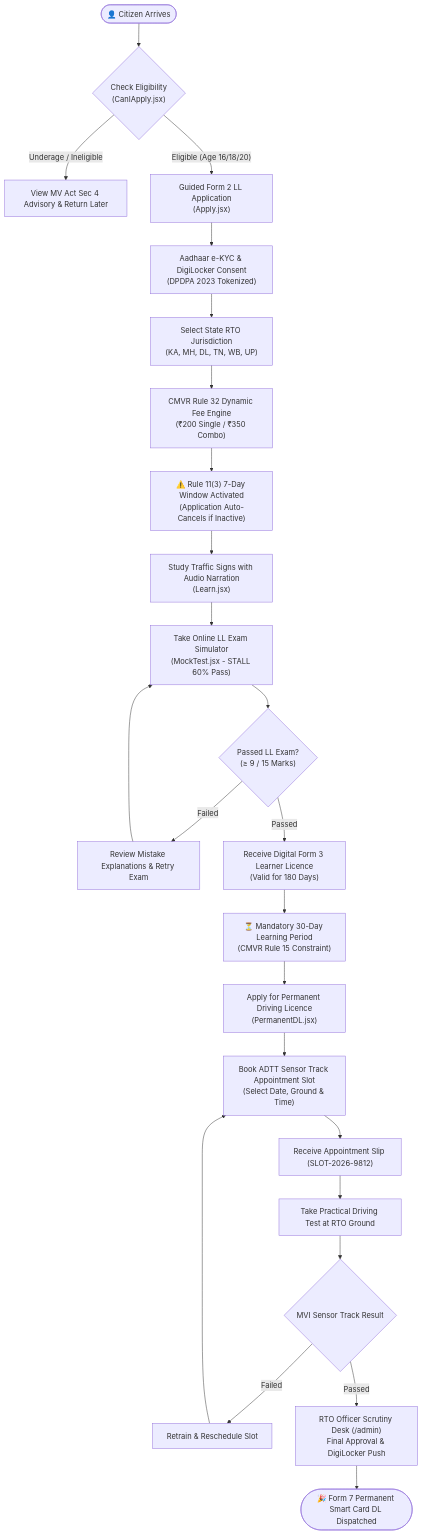
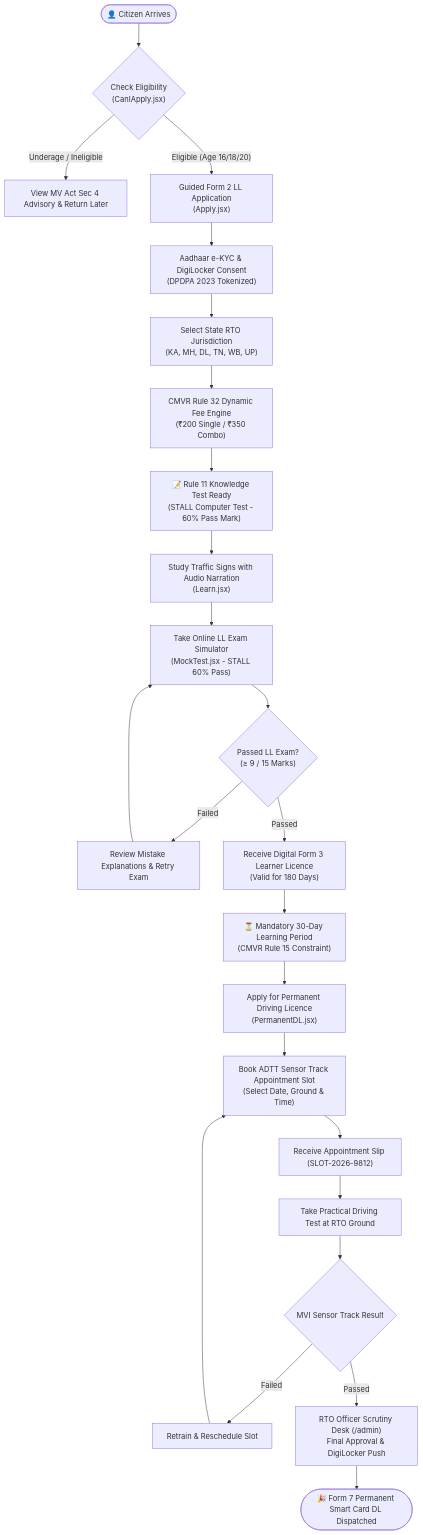
The first of 2 diagrams in README.md (avrojitsaha763-byte/Hackcache26_MARK-III_Mparivahan), drawn with Mermaid before and after one commit. The commit also changed other lines of this file and 40 other files, not shown here.

````diff
--- a/README.md
+++ b/README.md
@@ -89,38 +89,38 @@
 ```mermaid
 flowchart TD
   Start(["👤 Citizen Arrives"]) --> Eligibility{"Check Eligibility<br/>(CanIApply.jsx)"}
   
   Eligibility -->|"Underage / Ineligible"| Advice["View MV Act Sec 4 Advisory & Return Later"]
   Eligibility -->|"Eligible (Age 16/18/20)"| Apply["Guided Form 2 LL Application<br/>(Apply.jsx)"]
 
   Apply --> eKYC["Aadhaar e-KYC & DigiLocker Consent<br/>(DPDPA 2023 Tokenized)"]
   eKYC --> StateSelect["Select State RTO Jurisdiction<br/>(KA, MH, DL, TN, WB, UP)"]
   StateSelect --> Payment["CMVR Rule 32 Dynamic Fee Engine<br/>(₹200 Single / ₹350 Combo)"]
 
-  Payment --> Rule11Activation["⚠️ Rule 11(3) 7-Day Window Activated<br/>(Application Auto-Cancels if Inactive)"]
+  Payment --> Rule11Activation["📝 Rule 11 Knowledge Test Ready<br/>(STALL Computer Test - 60% Pass Mark)"]
   
   Rule11Activation --> Learn["Study Traffic Signs with Audio Narration<br/>(Learn.jsx)"]
   Learn --> MockTest["Take Online LL Exam Simulator<br/>(MockTest.jsx - STALL 60% Pass)"]
   
   MockTest --> TestPass{"Passed LL Exam?<br/>(&ge; 9 / 15 Marks)"}
   TestPass -->|"Failed"| Retest["Review Mistake Explanations & Retry Exam"]
   Retest --> MockTest
   
   TestPass -->|"Passed"| IssueLL["Receive Digital Form 3 Learner Licence<br/>(Valid for 180 Days)"]
   
   IssueLL --> Rule15Wait["⏳ Mandatory 30-Day Learning Period<br/>(CMVR Rule 15 Constraint)"]
   
   Rule15Wait --> DLApply["Apply for Permanent Driving Licence<br/>(PermanentDL.jsx)"]
   DLApply --> ADTTBooking["Book ADTT Sensor Track Appointment Slot<br/>(Select Date, Ground & Time)"]
   
   ADTTBooking --> Slip["Receive Appointment Slip (SLOT-2026-9812)"]
   Slip --> DrivingTest["Take Practical Driving Test at RTO Ground"]
   
   DrivingTest --> InspectorReview{"MVI Sensor Track Result"}
   InspectorReview -->|"Failed"| Reschedule["Retrain & Reschedule Slot"]
   Reschedule --> ADTTBooking
   
   InspectorReview -->|"Passed"| AdminScrutiny["RTO Officer Scrutiny Desk (/admin)<br/>Final Approval & DigiLocker Push"]
   
   AdminScrutiny --> Finish(["🎉 Form 7 Permanent Smart Card DL Dispatched"])
 ```
````
